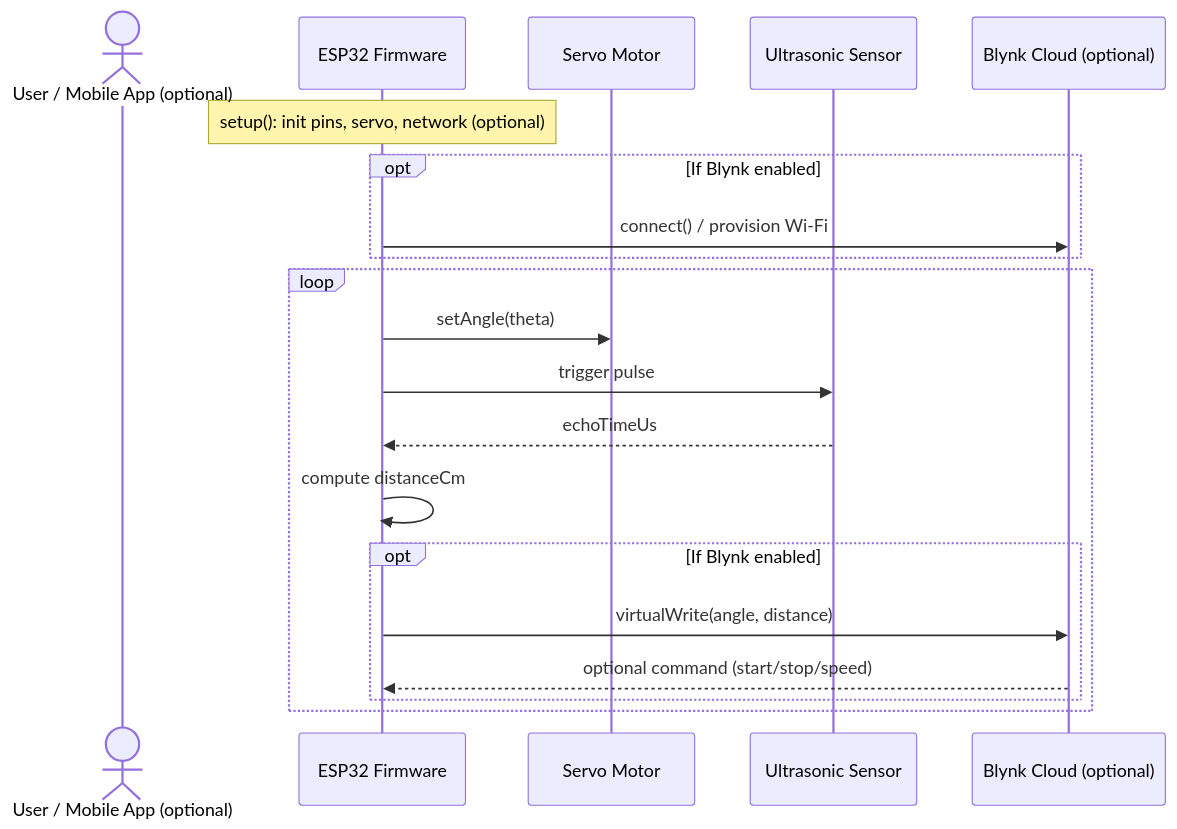
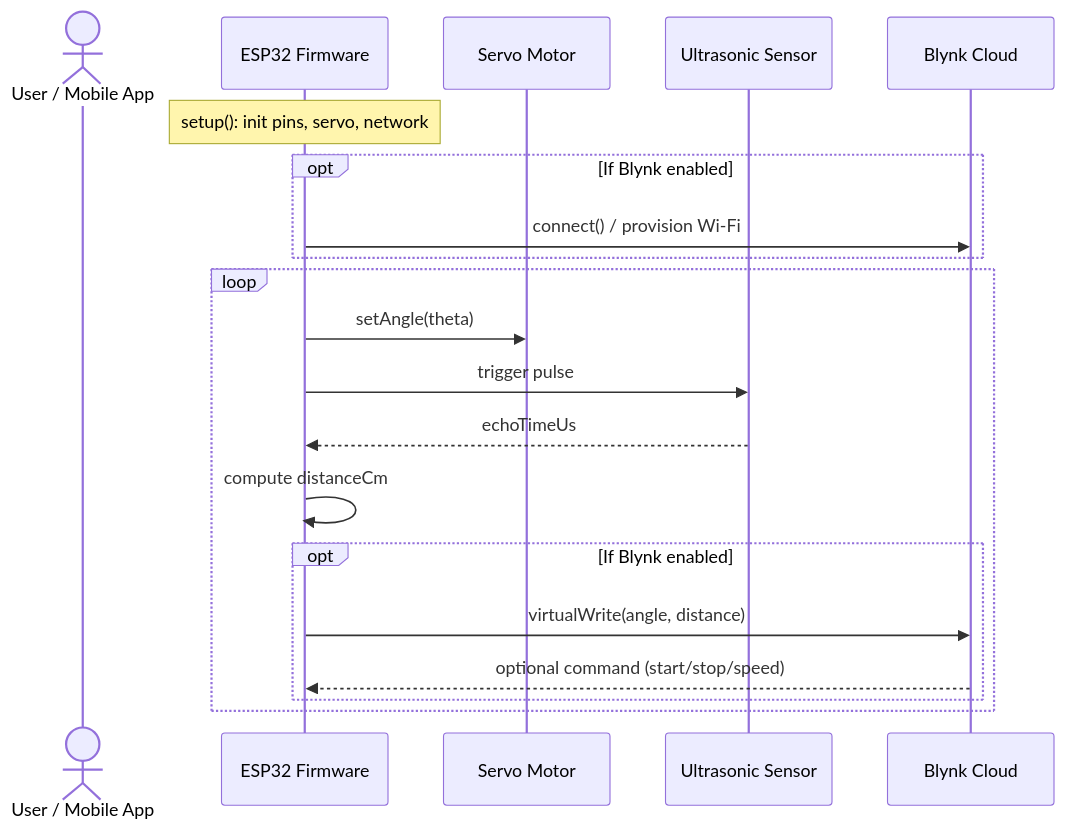
Before and after one commit to Oumarou-Bola/Design-Of-Radar-Model-for-Detection-And-Ranging: the second of 2 diagrams in README.md, drawn with Mermaid.

````diff
--- a/README.md
+++ b/README.md
@@ -107,25 +107,25 @@
 ```mermaid
 sequenceDiagram
-actor User as User / Mobile App (optional)
+actor User as User / Mobile App 
 participant ESP32 as ESP32 Firmware
 participant Servo as Servo Motor
 participant US as Ultrasonic Sensor
-participant Blynk as Blynk Cloud (optional)
+participant Blynk as Blynk Cloud 
 
-Note over ESP32: setup(): init pins, servo, network (optional)
+Note over ESP32: setup(): init pins, servo, network 
 opt If Blynk enabled
   ESP32->>Blynk: connect() / provision Wi-Fi
 end
 
 loop
   ESP32->>Servo: setAngle(theta)
   ESP32->>US: trigger pulse
   US-->>ESP32: echoTimeUs
   ESP32->>ESP32: compute distanceCm
 
   opt If Blynk enabled
     ESP32->>Blynk: virtualWrite(angle, distance)
     Blynk-->>ESP32: optional command (start/stop/speed)
   end
 end
 ```
````
